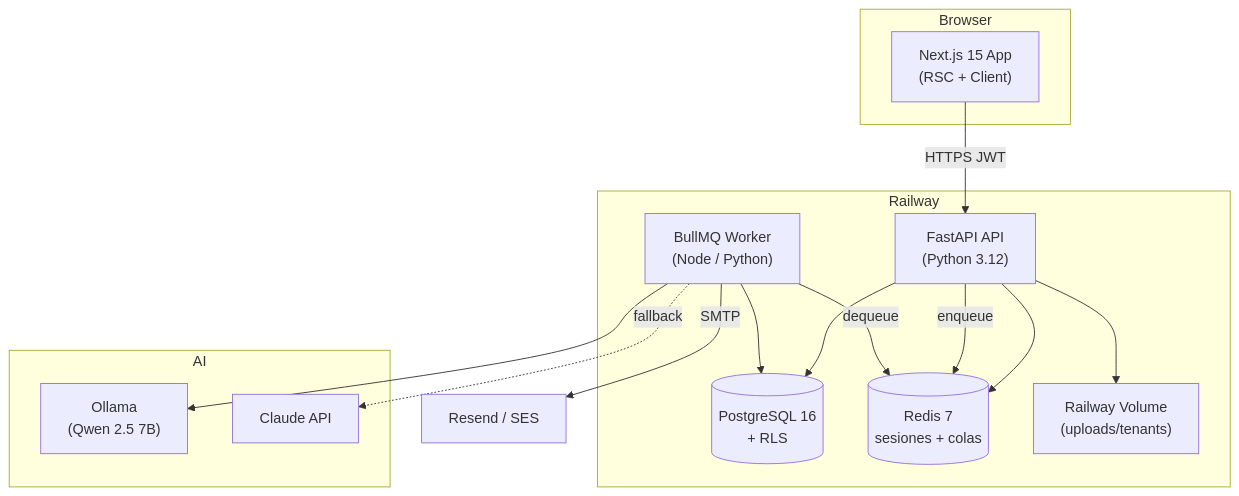
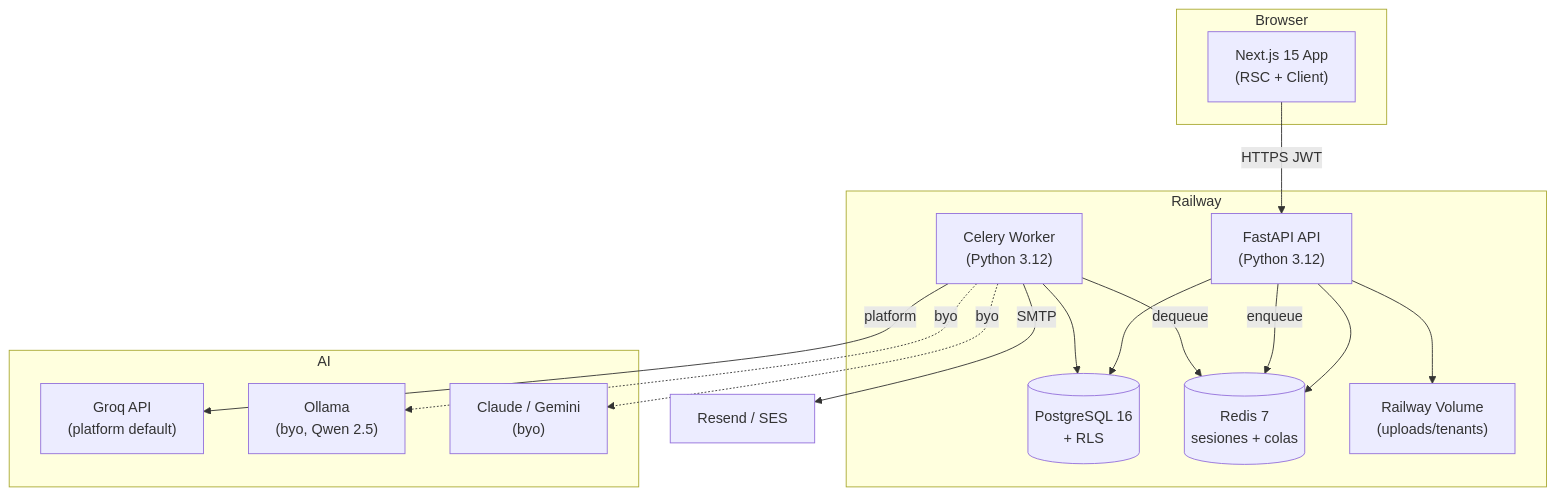
The second of 6 diagrams in docs/architecture/README.md (xguilxr/pmo_aas), drawn with Mermaid before and after one commit. The commit also changed other lines of this file and 3 other files, not shown here.

First line of the commit message:
docs(arch): actualiza diagramas y agrega navigation.md

````diff
--- a/docs/architecture/README.md
+++ b/docs/architecture/README.md
@@ -46,30 +50,32 @@
 ```mermaid
 flowchart TB
     subgraph Browser
         WEB["Next.js 15 App<br/>(RSC + Client)"]
     end
 
     subgraph Railway
         API["FastAPI API<br/>(Python 3.12)"]
-        WORKER["BullMQ Worker<br/>(Node / Python)"]
+        WORKER["Celery Worker<br/>(Python 3.12)"]
         DB[("PostgreSQL 16<br/>+ RLS")]
         REDIS[("Redis 7<br/>sesiones + colas")]
         STORAGE["Railway Volume<br/>(uploads/tenants)"]
     end
 
     subgraph AI
-        OLLAMA["Ollama<br/>(Qwen 2.5 7B)"]
-        CLAUDE["Claude API"]
+        GROQ["Groq API<br/>(platform default)"]
+        OLLAMA["Ollama<br/>(byo, Qwen 2.5)"]
+        CLAUDE["Claude / Gemini<br/>(byo)"]
     end
 
     WEB -->|HTTPS JWT| API
     API --> DB
     API --> REDIS
     API --> STORAGE
     API -->|enqueue| REDIS
     WORKER -->|dequeue| REDIS
     WORKER --> DB
-    WORKER --> OLLAMA
-    WORKER -.->|fallback| CLAUDE
+    WORKER -->|platform| GROQ
+    WORKER -.->|byo| OLLAMA
+    WORKER -.->|byo| CLAUDE
     WORKER -->|SMTP| SMTP["Resend / SES"]
 ```
````
